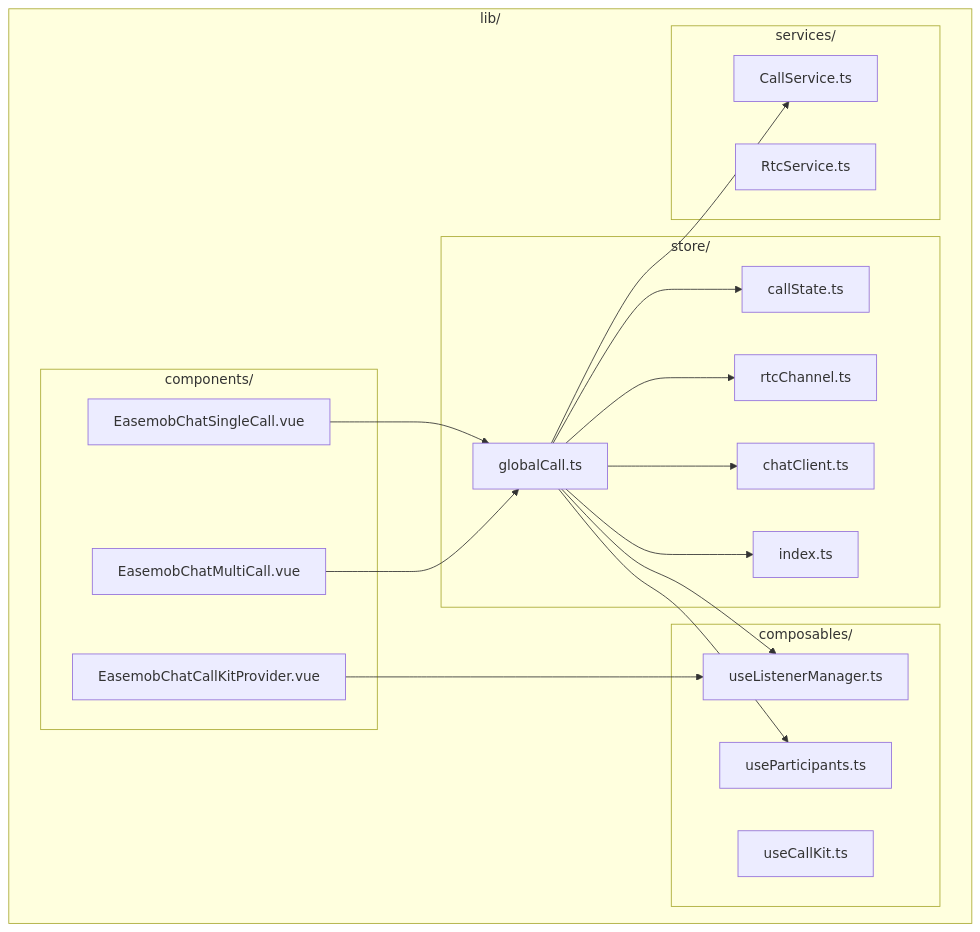
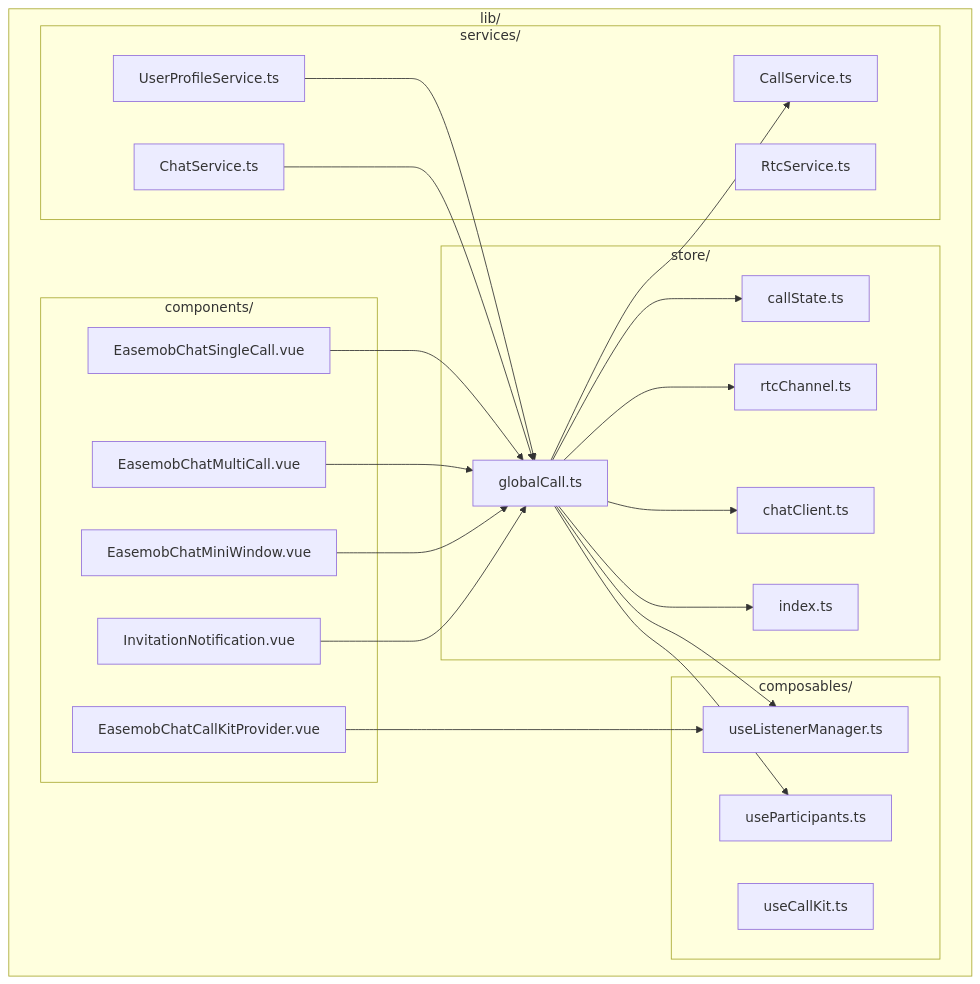
Before and after one commit to Easemob-Community/easemob-uikit-callkit-vue3: the first of 13 diagrams in .qoder/repowiki/zh/content/状态管理/GlobalCallStore 全局通话状态.md, drawn with Mermaid. The commit also changed other lines of this file and 15 other files, not shown here.

````diff
--- a/.qoder/repowiki/zh/content/状态管理/GlobalCallStore 全局通话状态.md
+++ b/.qoder/repowiki/zh/content/状态管理/GlobalCallStore 全局通话状态.md
@@ -47,31 +52,39 @@
 ```mermaid
 graph TB
 subgraph "lib/"
 subgraph "store/"
 A[globalCall.ts] --> B[callState.ts]
 A --> C[rtcChannel.ts]
 A --> D[chatClient.ts]
 A --> E[index.ts]
 end
 subgraph "composables/"
 F[useListenerManager.ts]
 G[useParticipants.ts]
 H[useCallKit.ts]
 end
 subgraph "components/"
 I[EasemobChatCallKitProvider.vue]
 J[EasemobChatSingleCall.vue]
 K[EasemobChatMultiCall.vue]
+L[EasemobChatMiniWindow.vue]
+M[InvitationNotification.vue]
 end
 subgraph "services/"
-L[CallService.ts]
-M[RtcService.ts]
+N[CallService.ts]
+O[RtcService.ts]
+P[UserProfileService.ts]
+Q[ChatService.ts]
 end
 end
 A --> F
 A --> G
 I --> F
-A --> L
+A --> N
 J --> A
 K --> A
+L --> A
+M --> A
+P --> A
+Q --> A
 ```
````
